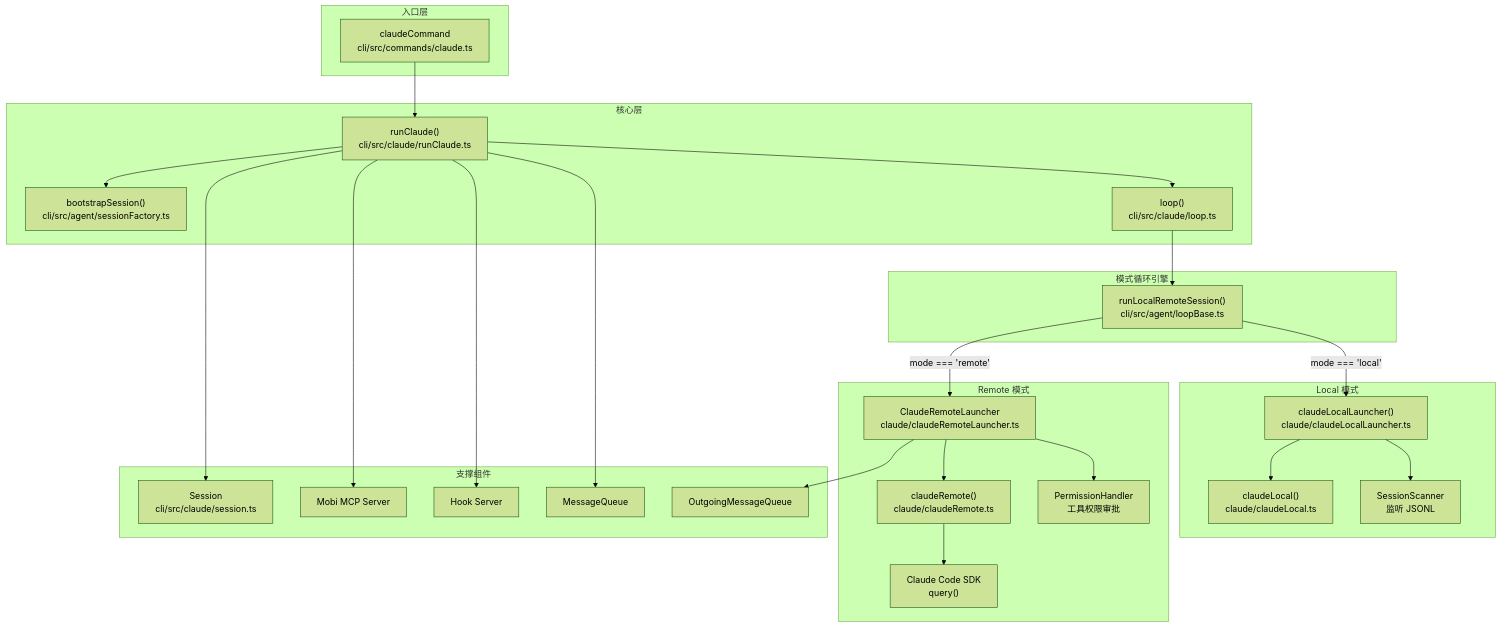
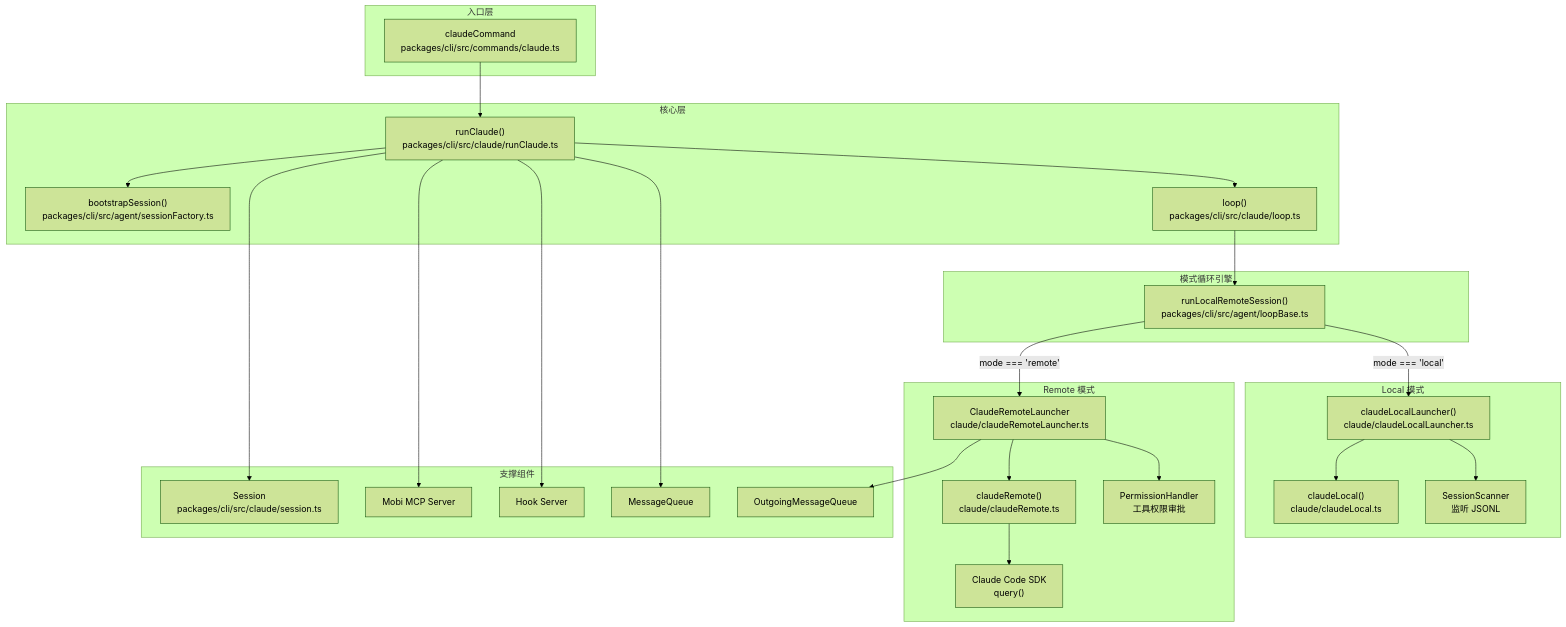
The first of 7 diagrams in docs/architecture/cli/commands/claude/README.md (ModuBit/mobi), drawn with Mermaid (forest theme) before and after one commit. The commit also changed other lines of this file and 477 other files, not shown here.

````diff
--- a/docs/architecture/cli/commands/claude/README.md
+++ b/docs/architecture/cli/commands/claude/README.md
@@ -61,54 +61,54 @@
 ```mermaid
 graph TB
     subgraph Entry["入口层"]
-        Cmd["claudeCommand<br/>cli/src/commands/claude.ts"]
+        Cmd["claudeCommand<br/>packages/cli/src/commands/claude.ts"]
     end
 
     subgraph Core["核心层"]
-        RunClaude["runClaude()<br/>cli/src/claude/runClaude.ts"]
-        Bootstrap["bootstrapSession()<br/>cli/src/agent/sessionFactory.ts"]
-        Loop["loop()<br/>cli/src/claude/loop.ts"]
+        RunClaude["runClaude()<br/>packages/cli/src/claude/runClaude.ts"]
+        Bootstrap["bootstrapSession()<br/>packages/cli/src/agent/sessionFactory.ts"]
+        Loop["loop()<br/>packages/cli/src/claude/loop.ts"]
     end
 
     subgraph LoopEngine["模式循环引擎"]
-        LoopBase["runLocalRemoteSession()<br/>cli/src/agent/loopBase.ts"]
+        LoopBase["runLocalRemoteSession()<br/>packages/cli/src/agent/loopBase.ts"]
     end
 
     subgraph LocalMode["Local 模式"]
         LocalLauncher["claudeLocalLauncher()<br/>claude/claudeLocalLauncher.ts"]
         ClaudeLocal["claudeLocal()<br/>claude/claudeLocal.ts"]
         Scanner["SessionScanner<br/>监听 JSONL"]
     end
 
     subgraph RemoteMode["Remote 模式"]
         RemoteLauncher["ClaudeRemoteLauncher<br/>claude/claudeRemoteLauncher.ts"]
         ClaudeRemote["claudeRemote()<br/>claude/claudeRemote.ts"]
         Permission["PermissionHandler<br/>工具权限审批"]
         SDK["Claude Code SDK<br/>query()"]
     end
 
     subgraph Support["支撑组件"]
-        Session["Session<br/>cli/src/claude/session.ts"]
+        Session["Session<br/>packages/cli/src/claude/session.ts"]
         MCP["Mobi MCP Server"]
         HookServer["Hook Server"]
         MessageQ["MessageQueue"]
         OutgoingQ["OutgoingMessageQueue"]
     end
 
     Cmd --> RunClaude
     RunClaude --> Bootstrap
     RunClaude --> Loop
     Loop --> LoopBase
 
     LoopBase -->|"mode === 'local'"| LocalLauncher
     LoopBase -->|"mode === 'remote'"| RemoteLauncher
 
     LocalLauncher --> ClaudeLocal
     LocalLauncher --> Scanner
     RemoteLauncher --> ClaudeRemote
     RemoteLauncher --> Permission
     ClaudeRemote --> SDK
 
     RunClaude --> Session & MCP & HookServer & MessageQ
     RemoteLauncher --> OutgoingQ
 ```
````
